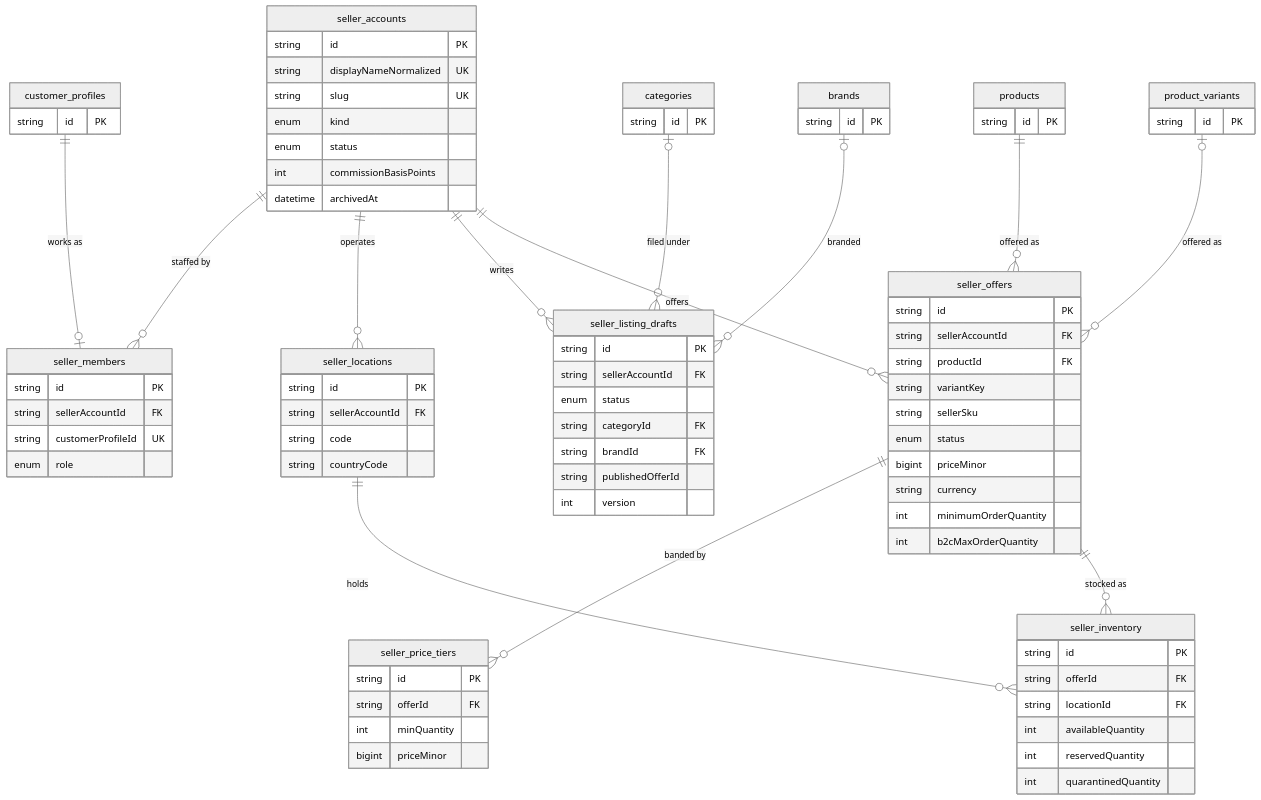
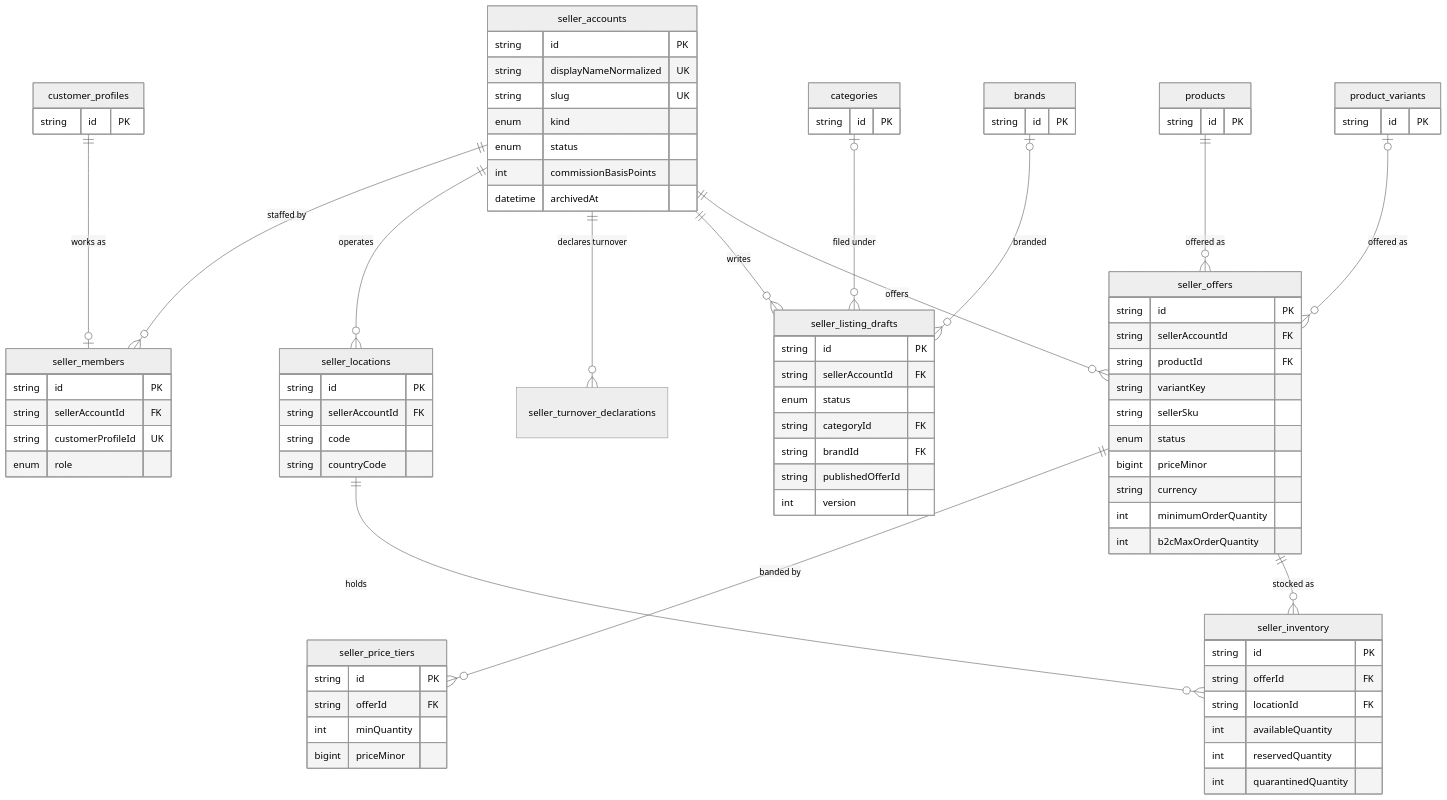
Diagram 23 of 44 in docs/DATABASE-DESIGN.md (UBoss-AI/UBoss-Sourcing), drawn with Mermaid (neutral theme) before and after one commit. The commit also changed other lines of this file and 451 other files, not shown here.

First line of the commit message:
feat: portal agreement gate, seller turnover eligibility, audit console insights

```diff
--- a/docs/DATABASE-DESIGN.md
+++ b/docs/DATABASE-DESIGN.md
@@ -3292,6 +3293,7 @@
     seller_accounts ||--o{ seller_members : "staffed by"
     customer_profiles ||--o| seller_members : "works as"
     seller_accounts ||--o{ seller_locations : "operates"
+    seller_accounts ||--o{ seller_turnover_declarations : "declares turnover"
     seller_accounts ||--o{ seller_listing_drafts : "writes"
     categories |o--o{ seller_listing_drafts : "filed under"
     brands |o--o{ seller_listing_drafts : "branded"
```
